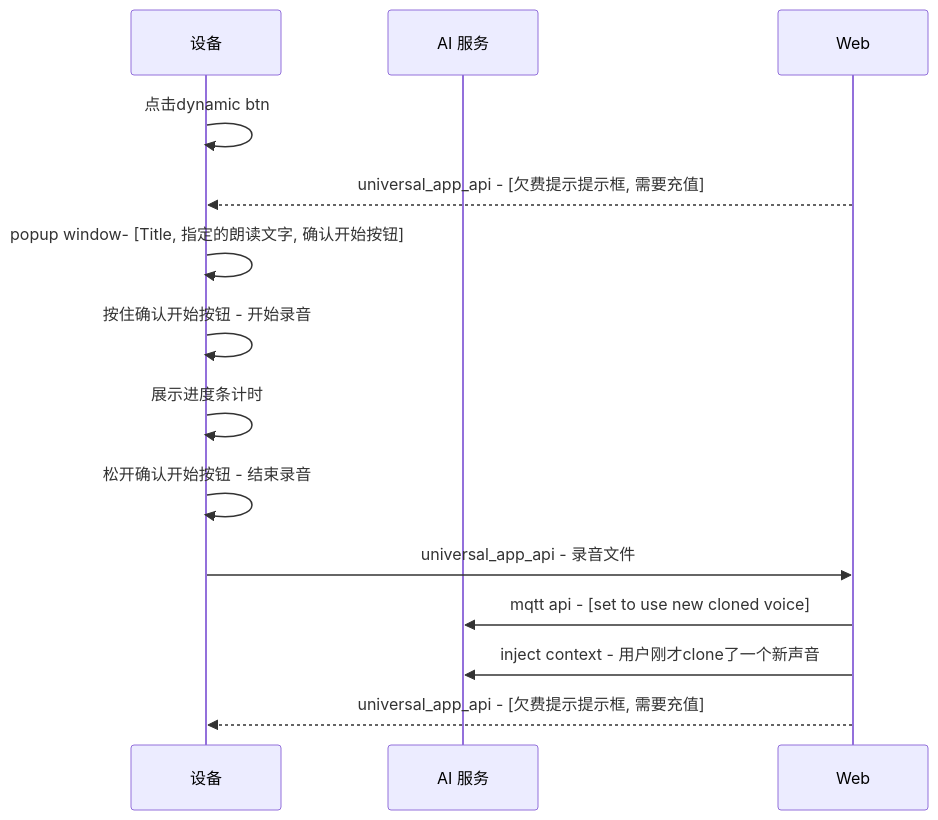
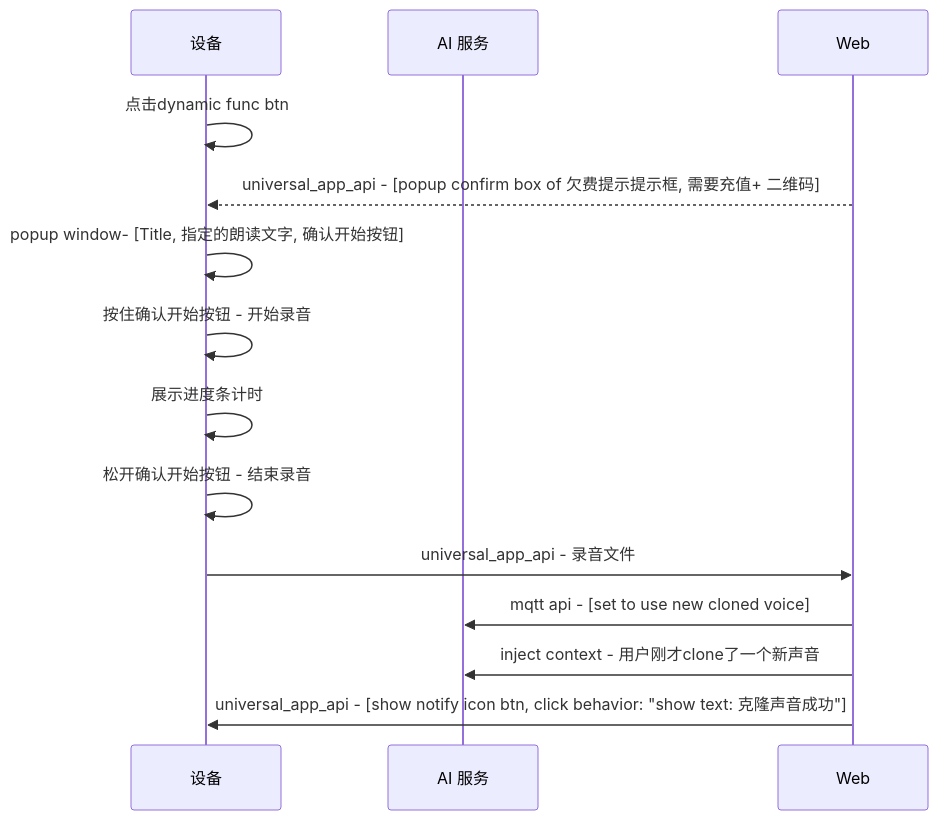
Before and after one commit to shaojun/open_docs: the seventh of 9 diagrams in projects/commercial/USER_STORY.md, drawn with Mermaid. The commit also changed other lines of this file and 1 other file, not shown here.

````diff
--- a/projects/commercial/USER_STORY.md
+++ b/projects/commercial/USER_STORY.md
@@ -122,15 +123,15 @@
 ```mermaid
 sequenceDiagram
     participant Device as 设备
     participant AIService as AI 服务
-    Device->>Device: 点击dynamic btn
-    Web-->>Device: universal_app_api - [欠费提示提示框, 需要充值]
+    Device->>Device: 点击dynamic func btn
+    Web-->>Device: universal_app_api - [popup confirm box of 欠费提示提示框, 需要充值+ 二维码]
     Device->>Device: popup window- [Title, 指定的朗读文字, 确认开始按钮]
     Device->>Device: 按住确认开始按钮 - 开始录音
     Device->>Device: 展示进度条计时
     Device->>Device: 松开确认开始按钮 - 结束录音
     Device->>Web: universal_app_api - 录音文件
     Web->>AIService: mqtt api - [set to use new cloned voice]
     Web->>AIService: inject context - 用户刚才clone了一个新声音
-    Web-->>Device: universal_app_api - [欠费提示提示框, 需要充值]
+    Web->>Device: universal_app_api - [show notify icon btn, click behavior: "show text: 克隆声音成功"]
 ```
````
